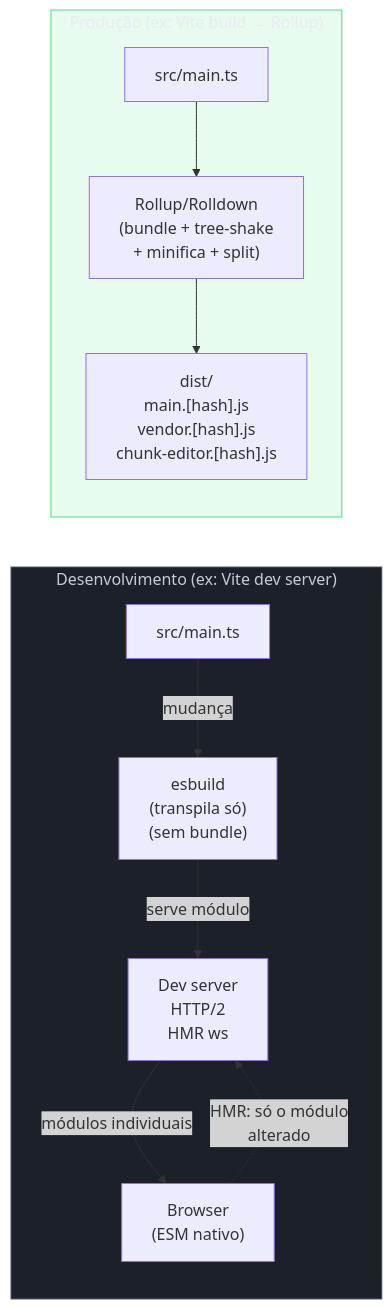
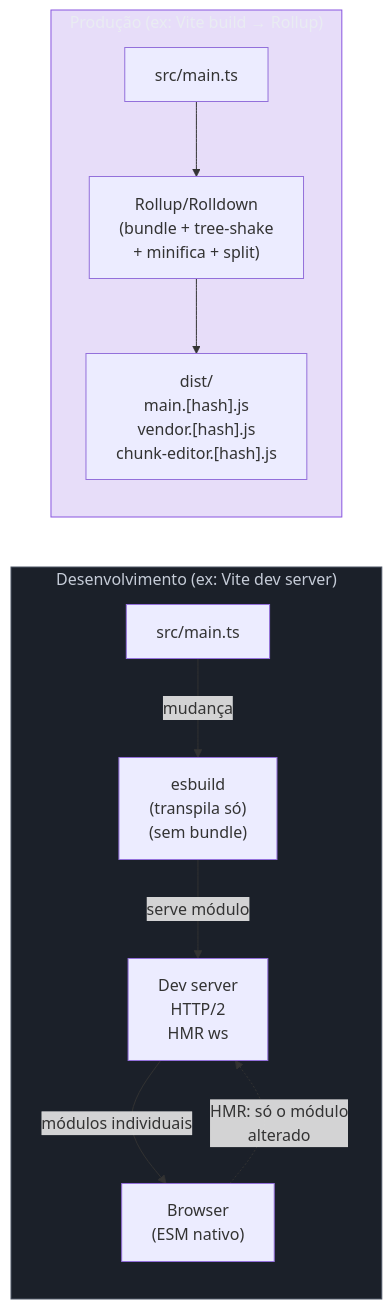
Before and after one commit to josenaldo/codex-technomanticus: the tenth of 10 diagrams in 03-Dominios/Tecnologia/Tooling e Build/07 - O grafo de módulos e o que é bundling.md, drawn with Mermaid. The commit also changed other lines of this file and 601 other files, not shown here.

````diff
--- a/03-Dominios/Tecnologia/Tooling e Build/07 - O grafo de módulos e o que é bundling.md
+++ b/03-Dominios/Tecnologia/Tooling e Build/07 - O grafo de módulos e o que é bundling.md
@@ -755,29 +756,29 @@
 ```mermaid
 flowchart LR
+    classDef marca fill:#8855DF33,stroke:#8855DF,color:#E9ECF2
     classDef neutro fill:#1B2029,stroke:#4E5666,color:#C6CCD8
-    classDef ok fill:#4ADE8021,stroke:#4ADE80,color:#E9ECF2
     subgraph DEV["Desenvolvimento (ex: Vite dev server)"]
         direction TB
         SRC_D["src/main.ts"]
         TRANSFORM_D["esbuild\n(transpila só)\n(sem bundle)"]
         BROWSER_D["Browser\n(ESM nativo)"]
         DEV_SERVER["Dev server\nHTTP/2\nHMR ws"]
 
         SRC_D -->|"mudança"| TRANSFORM_D
         TRANSFORM_D -->|"serve módulo"| DEV_SERVER
         DEV_SERVER -->|"módulos individuais"| BROWSER_D
         BROWSER_D -.->|"HMR: só o módulo\nalterado"| DEV_SERVER
     end
 
     subgraph PROD["Produção (ex: Vite build → Rollup)"]
         direction TB
         SRC_P["src/main.ts"]
         BUNDLE_P["Rollup/Rolldown\n(bundle + tree-shake\n+ minifica + split)"]
         DIST["dist/\n  main.[hash].js\n  vendor.[hash].js\n  chunk-editor.[hash].js"]
 
         SRC_P --> BUNDLE_P --> DIST
     end
 
     class DEV neutro
-    class PROD ok
+    class PROD marca
 ```
````
